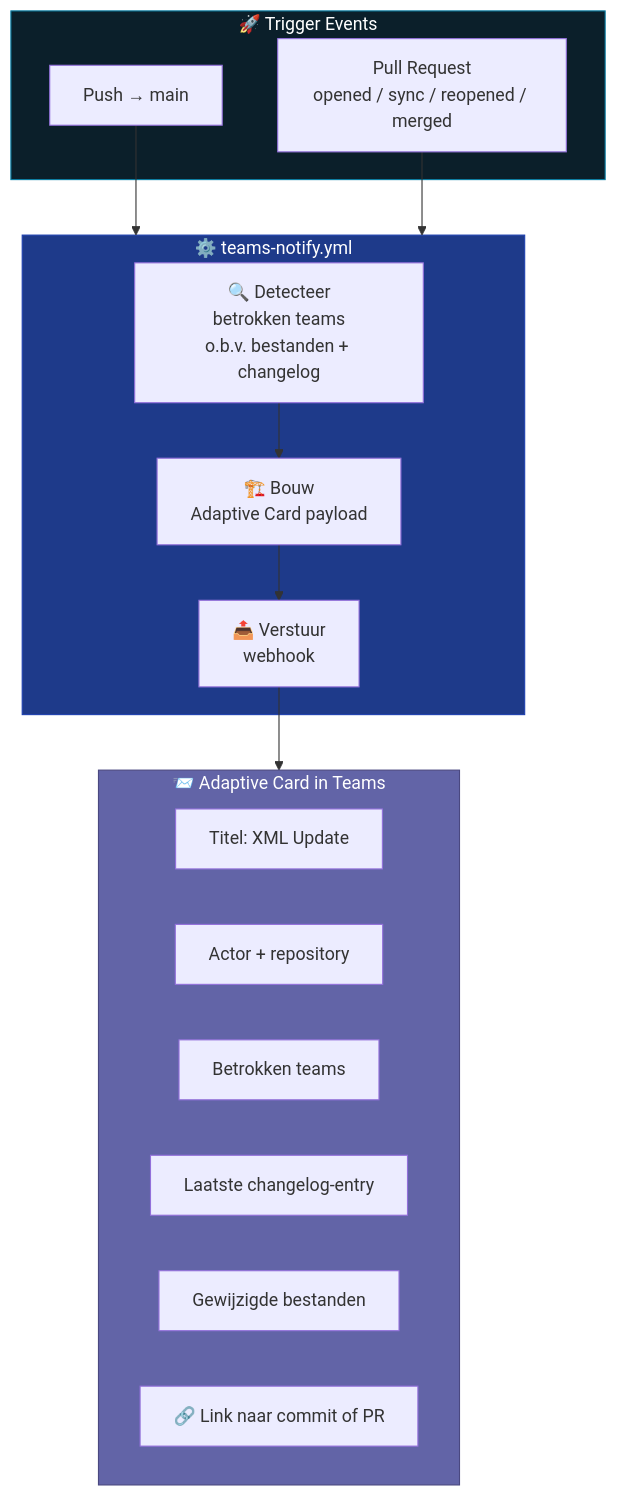
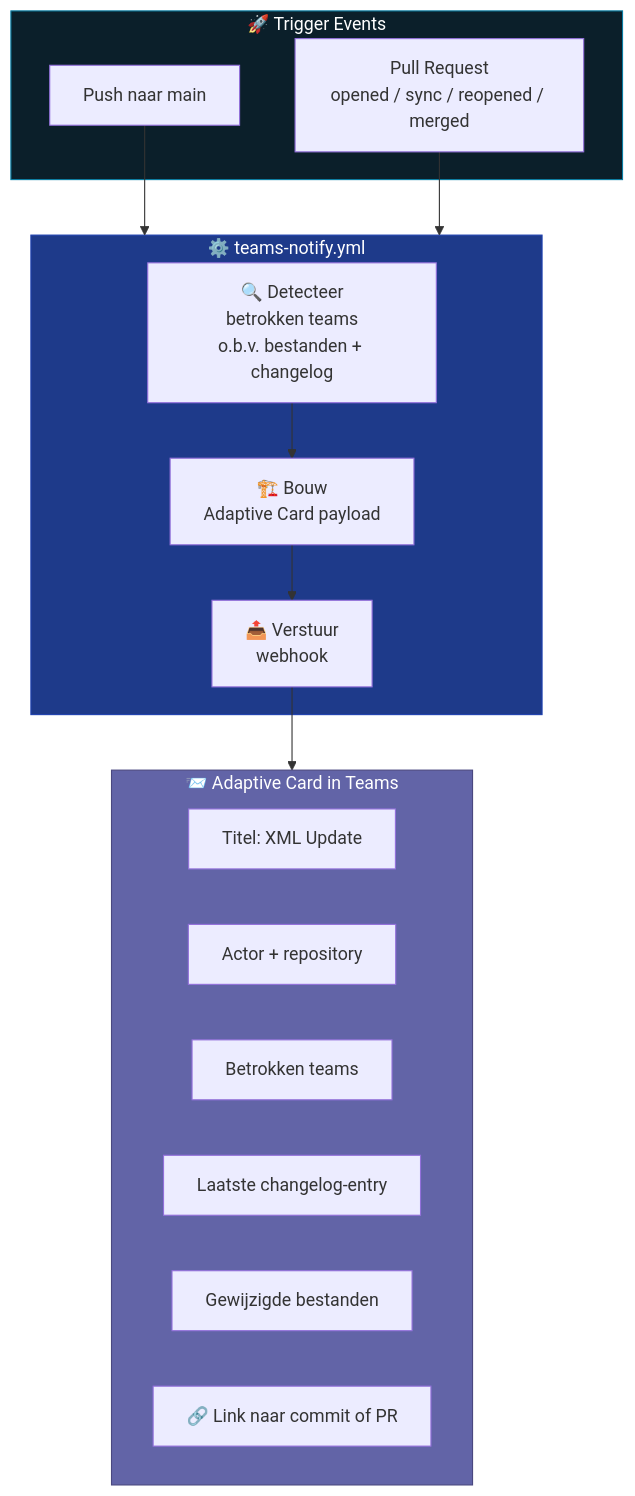
Before and after one commit to IntegrationProject-Groep1/xml-xsd-contract: the sixth of 6 diagrams in README.md, drawn with Mermaid. The commit also changed other lines of this file, not shown here.

````diff
--- a/README.md
+++ b/README.md
@@ -383,31 +472,31 @@
 ```mermaid
 flowchart TB
     subgraph TRIGGER["🚀 Trigger Events"]
-        PUSH["Push → main"]
-        PR["Pull Request\nopened / sync / reopened / merged"]
+        PUSH["Push naar main"]
+        PR["Pull Request<br/>opened / sync / reopened / merged"]
     end
 
     subgraph WORKFLOW["⚙️  teams-notify.yml"]
-        DETECT["🔍 Detecteer\nbetrokken teams\no.b.v. bestanden + changelog"]
-        BUILD["🏗️  Bouw\nAdaptive Card payload"]
-        SEND["📤 Verstuur\nwebhook"]
+        DETECT["🔍 Detecteer<br/>betrokken teams<br/>o.b.v. bestanden + changelog"]
+        BUILD["🏗️  Bouw<br/>Adaptive Card payload"]
+        SEND["📤 Verstuur<br/>webhook"]
     end
 
     subgraph CARD["📨 Adaptive Card in Teams"]
         TITLE["Titel: XML Update"]
         ACTOR["Actor + repository"]
         TEAMS_LIST["Betrokken teams"]
         CHANGELOG_ENTRY["Laatste changelog-entry"]
         FILES["Gewijzigde bestanden"]
         LINK["🔗 Link naar commit of PR"]
     end
 
     PUSH --> WORKFLOW
     PR   --> WORKFLOW
     DETECT --> BUILD --> SEND
     SEND --> CARD
 
     style TRIGGER  fill:#0b1f2a,color:#fff,stroke:#0a7ea4
     style WORKFLOW fill:#1e3a8a,color:#fff,stroke:#1e40af
     style CARD     fill:#6264a7,color:#fff,stroke:#4a4880
 ```
````
